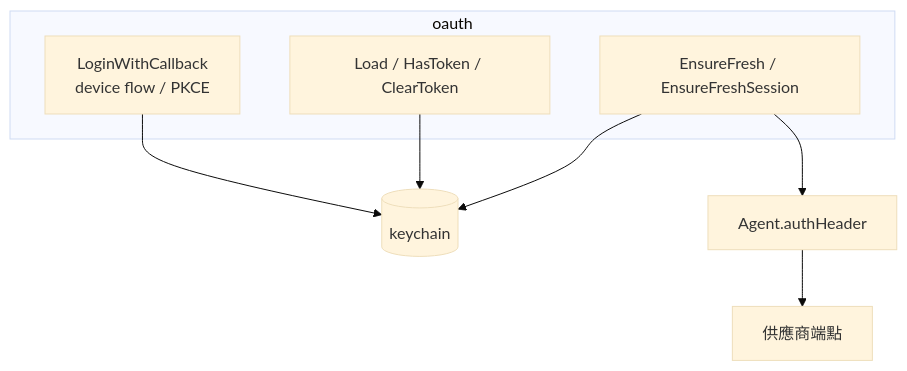
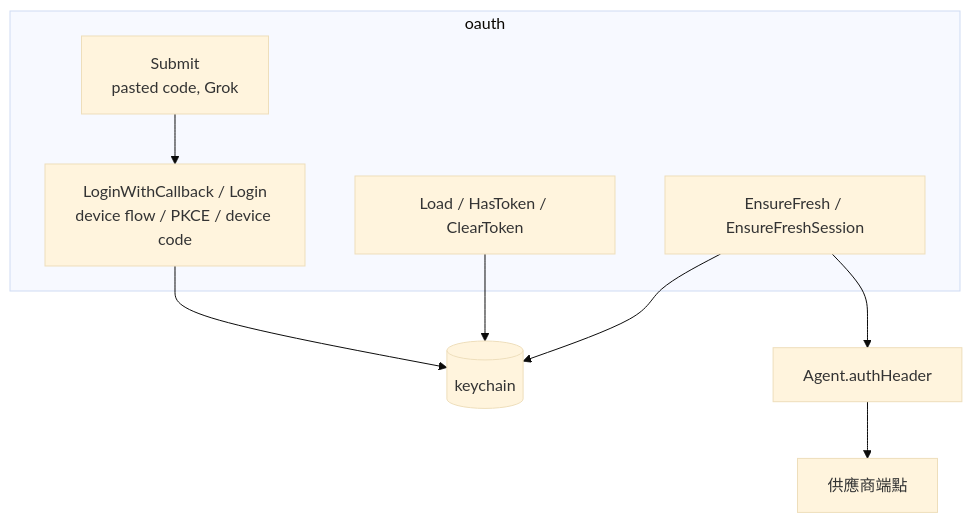
One commit to pardnchiu/go-llm-router changed the sixth of 12 diagrams in doc/architecture.zh.md. Above: the diagram before and after it, drawn with Mermaid (base theme). The commit also changed other lines of this file and 36 other files, not shown here.

````diff
--- a/doc/architecture.zh.md
+++ b/doc/architecture.zh.md
@@ -170,13 +170,15 @@
 ```mermaid
 graph TB
     subgraph oauth
-        Login[LoginWithCallback<br/>device flow / PKCE]
+        Login[LoginWithCallback / Login<br/>device flow / PKCE / device code]
+        Submit[Submit<br/>pasted code, Grok]
         Store[Load / HasToken / ClearToken]
         Fresh[EnsureFresh / EnsureFreshSession]
     end
+    Submit --> Login
     Login --> Keychain[(keychain)]
     Store --> Keychain
     Fresh --> Keychain
     Fresh --> Agent[Agent.authHeader]
     Agent --> Upstream[供應商端點]
 ```
````
